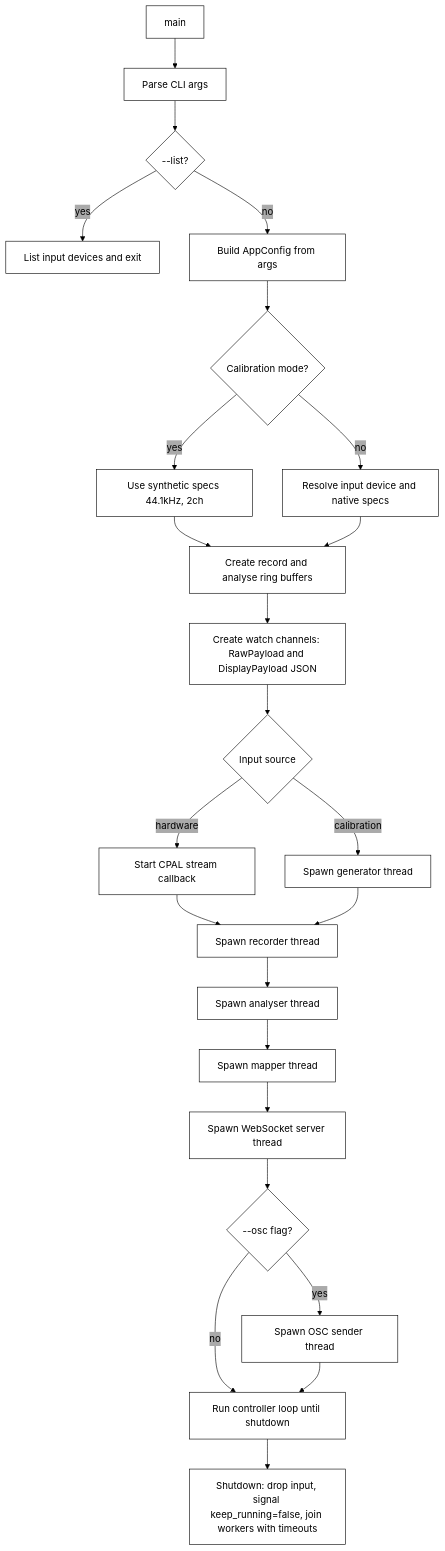
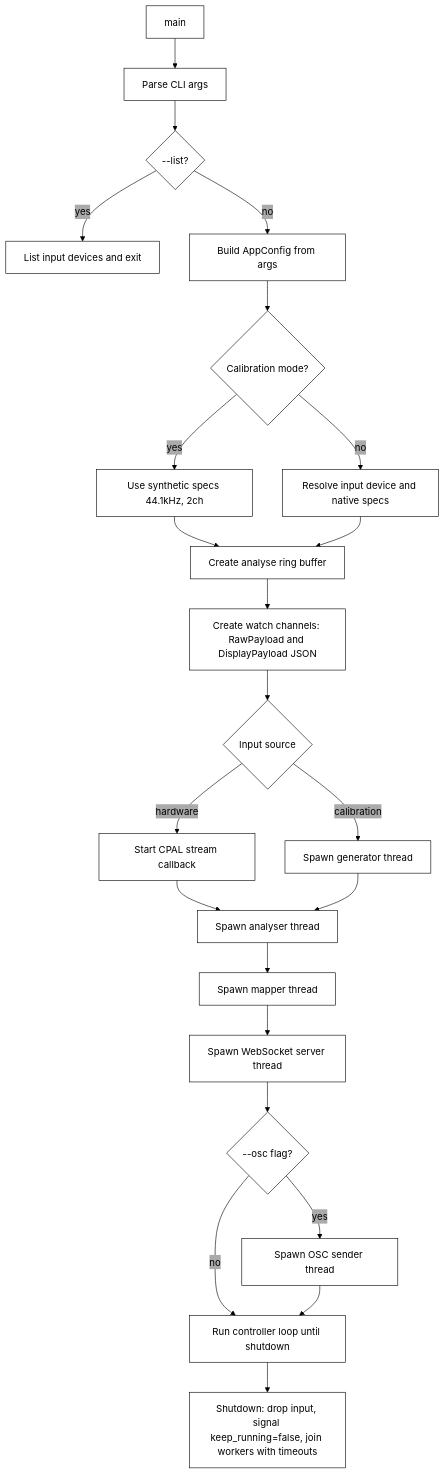
The first of 4 diagrams in docs/system/lifecycle.md (rayboyd/phase4), drawn with Mermaid before and after one commit. The commit also changed other lines of this file and 3 other files, not shown here.

````diff
--- a/docs/system/lifecycle.md
+++ b/docs/system/lifecycle.md
@@ -5,44 +5,43 @@
 ```mermaid
 %%{init: {
 	"theme": "base",
 	"themeVariables": {
 		"background": "#ffffff",
 		"fontFamily": "monospace",
 		"fontSize": "16px",
 		"lineColor": "#000",
 		"primaryBorderColor": "#000",
 		"primaryColor": "#fff",
 		"primaryTextColor": "#000",
 		"secondaryColor": "#aaa",
 		"tertiaryColor": "#ccc"
 	},
 	"flowchart": {
 		"curve": "basis",
 		"htmlLabels": true
 	}
 }}%%
 flowchart TD
 		A[main] --> B[Parse CLI args]
 		B --> C{--list?}
 		C -->|yes| D[List input devices and exit]
 		C -->|no| E[Build AppConfig from args]
 		E --> F{Calibration mode?}
 		F -->|yes| G[Use synthetic specs 44.1kHz, 2ch]
 		F -->|no| H[Resolve input device and native specs]
-		G --> I[Create record and analyse ring buffers]
+		G --> I[Create analyse ring buffer]
 		H --> I
 		I --> J[Create watch channels: RawPayload and DisplayPayload JSON]
 		J --> K{Input source}
 		K -->|calibration| M[Spawn generator thread]
 		K -->|hardware| L[Start CPAL stream callback]
-		L --> N[Spawn recorder thread]
+		L --> N[Spawn analyser thread]
 		M --> N
-		N --> O[Spawn analyser thread]
-		O --> P[Spawn mapper thread]
-		P --> Q[Spawn WebSocket server thread]
-		Q --> Q2{--osc flag?}
-		Q2 -->|yes| Q3[Spawn OSC sender thread]
-		Q2 -->|no| R[Run controller loop until shutdown]
-		Q3 --> R
+		N --> O[Spawn mapper thread]
+		O --> P[Spawn WebSocket server thread]
+		P --> Q{--osc flag?}
+		Q -->|yes| Q2[Spawn OSC sender thread]
+		Q -->|no| R[Run controller loop until shutdown]
+		Q2 --> R
 		R --> S[Shutdown: drop input, signal keep_running=false, join workers with timeouts]
 ```
````
